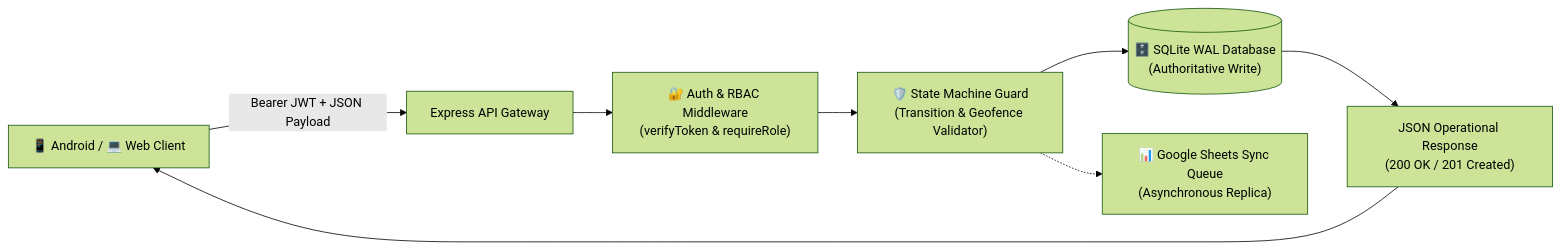
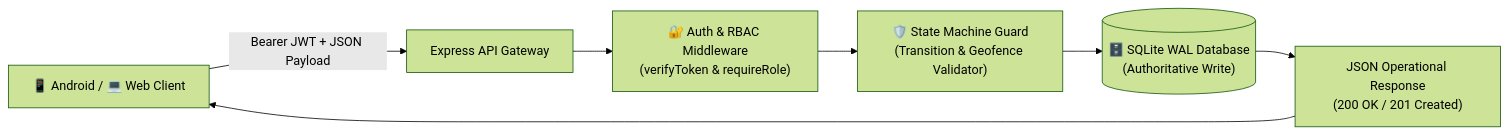
One commit to Nixxzzzzz/truck_tracker changed the diagram in documentation/api.md. Above: the diagram before and after it, drawn with Mermaid (forest theme). The commit also changed other lines of this file and 19 other files, not shown here.

Commit message:
feat(security): apply commercial readiness hardening and remove google sheets integration

````diff
--- a/documentation/api.md
+++ b/documentation/api.md
@@ -3,10 +3,9 @@
 ```mermaid
 flowchart LR
     Client["📱 Android / 💻 Web Client"] -->|Bearer JWT + JSON Payload| Gateway["Express API Gateway"]
     Gateway --> Auth["🔐 Auth & RBAC Middleware<br/>(verifyToken & requireRole)"]
     Auth --> Guard["🛡️ State Machine Guard<br/>(Transition & Geofence Validator)"]
     Guard --> DB[("🗄️ SQLite WAL Database<br/>(Authoritative Write)")]
-    Guard -.-> Sheets["📊 Google Sheets Sync Queue<br/>(Asynchronous Replica)"]
     DB --> Response["JSON Operational Response<br/>(200 OK / 201 Created)"]
     Response --> Client
 ```
````
